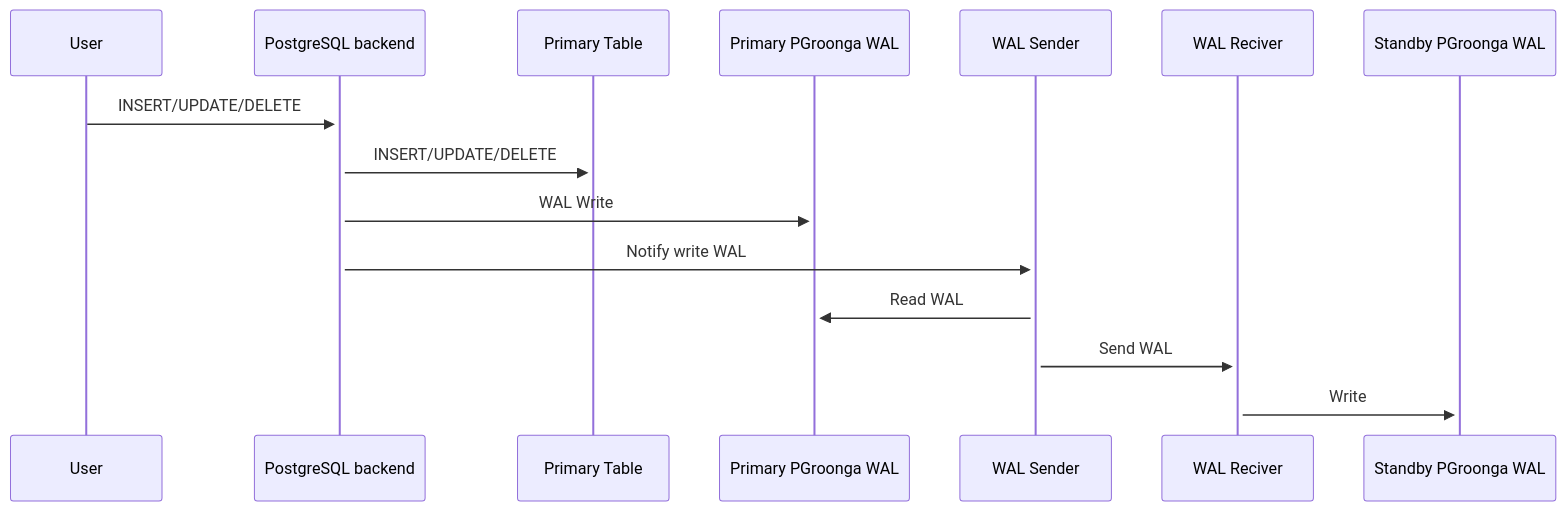
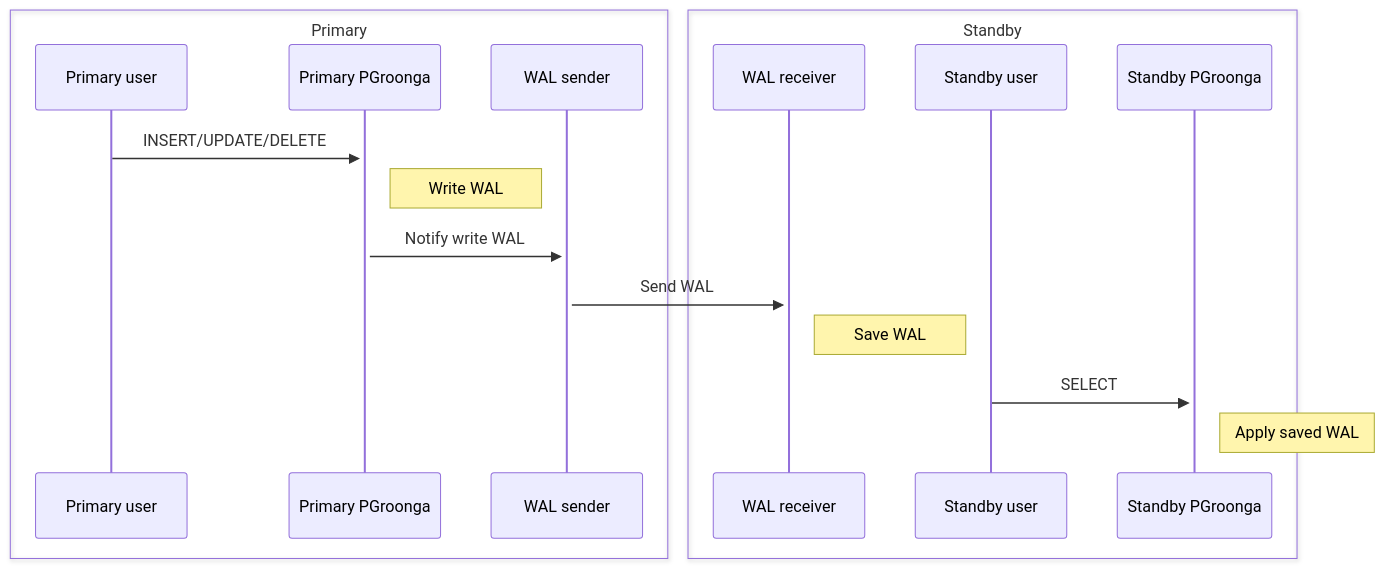
The diagram in ja/reference/streaming-replication.md (pgroonga/pgroonga.github.io), drawn with Mermaid before and after one commit. The commit also changed 2 other files, not shown here.

Commit message:
streaming-replication: update diagram

````diff
--- a/ja/reference/streaming-replication.md
+++ b/ja/reference/streaming-replication.md
@@ -13,10 +13,21 @@
 ```mermaid
 sequenceDiagram
-    User->>+PostgreSQL backend:INSERT/UPDATE/DELETE
-    PostgreSQL backend->>+Primary Table:INSERT/UPDATE/DELETE
-    PostgreSQL backend->>+Primary PGroonga WAL:WAL Write
-    PostgreSQL backend->>+WAL Sender:Notify write WAL
-    WAL Sender->>+Primary PGroonga WAL:Read WAL
-    WAL Sender->>+WAL Reciver:Send WAL
-    WAL Reciver->>+Standby PGroonga WAL:Write
+    box transparent Primary
+        participant Primary user
+        participant Primary PGroonga
+        participant WAL sender
+    end
+    box transparent Standby
+        participant WAL receiver
+        participant Standby user
+        participant Standby PGroonga
+    end
+
+    Primary user->>+Primary PGroonga:INSERT/UPDATE/DELETE
+    Note right of Primary PGroonga:Write WAL
+    Primary PGroonga->>+WAL sender:Notify write WAL
+    WAL sender->>+WAL receiver:Send WAL
+    Note right of WAL receiver:Save WAL
+    Standby user->>+Standby PGroonga:SELECT
+    Note right of Standby PGroonga:Apply saved WAL
 ```
````
